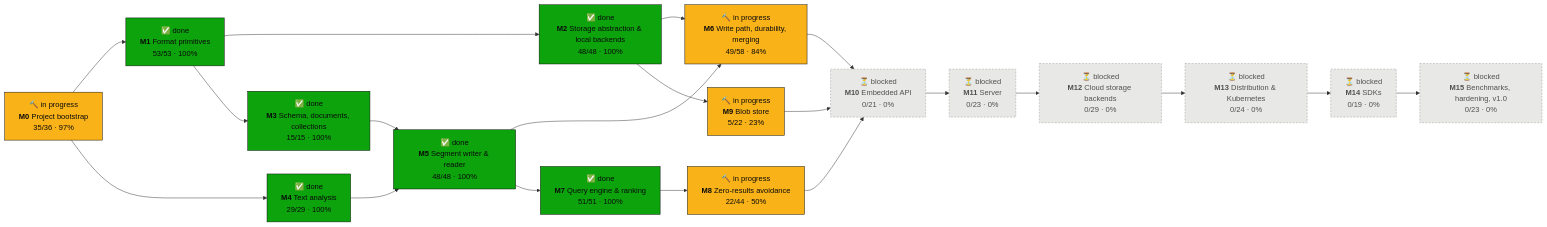
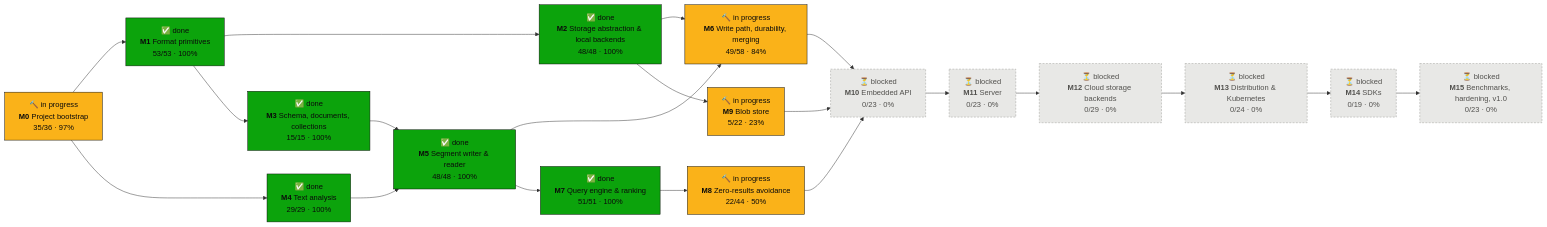
One commit to tomiok/persiaDB changed the first of 2 diagrams in PROGRESS.md. Above: the diagram before and after it, drawn with Mermaid. The commit also changed other lines of this file and 23 other files, not shown here.

````diff
--- a/PROGRESS.md
+++ b/PROGRESS.md
@@ -16,42 +16,42 @@
 ```mermaid
 flowchart LR
   M0["🔨 in progress<br/><b>M0</b> Project bootstrap<br/>35/36 · 97%"]:::doing
   M1["✅ done<br/><b>M1</b> Format primitives<br/>53/53 · 100%"]:::done
   M2["✅ done<br/><b>M2</b> Storage abstraction & local backends<br/>48/48 · 100%"]:::done
   M3["✅ done<br/><b>M3</b> Schema, documents, collections<br/>15/15 · 100%"]:::done
   M4["✅ done<br/><b>M4</b> Text analysis<br/>29/29 · 100%"]:::done
   M5["✅ done<br/><b>M5</b> Segment writer & reader<br/>48/48 · 100%"]:::done
   M6["🔨 in progress<br/><b>M6</b> Write path, durability, merging<br/>49/58 · 84%"]:::doing
   M7["✅ done<br/><b>M7</b> Query engine & ranking<br/>51/51 · 100%"]:::done
   M8["🔨 in progress<br/><b>M8</b> Zero-results avoidance<br/>22/44 · 50%"]:::doing
   M9["🔨 in progress<br/><b>M9</b> Blob store<br/>5/22 · 23%"]:::doing
-  M10["⏳ blocked<br/><b>M10</b> Embedded API<br/>0/21 · 0%"]:::blocked
+  M10["⏳ blocked<br/><b>M10</b> Embedded API<br/>0/23 · 0%"]:::blocked
   M11["⏳ blocked<br/><b>M11</b> Server<br/>0/23 · 0%"]:::blocked
   M12["⏳ blocked<br/><b>M12</b> Cloud storage backends<br/>0/29 · 0%"]:::blocked
   M13["⏳ blocked<br/><b>M13</b> Distribution & Kubernetes<br/>0/24 · 0%"]:::blocked
   M14["⏳ blocked<br/><b>M14</b> SDKs<br/>0/19 · 0%"]:::blocked
   M15["⏳ blocked<br/><b>M15</b> Benchmarks, hardening, v1.0<br/>0/23 · 0%"]:::blocked
   M0 --> M1
   M1 --> M2
   M1 --> M3
   M0 --> M4
   M3 --> M5
   M4 --> M5
   M2 --> M6
   M5 --> M6
   M5 --> M7
   M7 --> M8
   M2 --> M9
   M6 --> M10
   M8 --> M10
   M9 --> M10
   M10 --> M11
   M11 --> M12
   M12 --> M13
   M13 --> M14
   M14 --> M15
   classDef done fill:#0ca30c,stroke:#0b0b0b,color:#0b0b0b
   classDef doing fill:#fab219,stroke:#0b0b0b,color:#0b0b0b
   classDef ready fill:#fcfcfb,stroke:#0b0b0b,stroke-width:2px,color:#0b0b0b
   classDef blocked fill:#e8e8e6,stroke:#9a9a96,stroke-dasharray:4 3,color:#52514e
 ```
````
